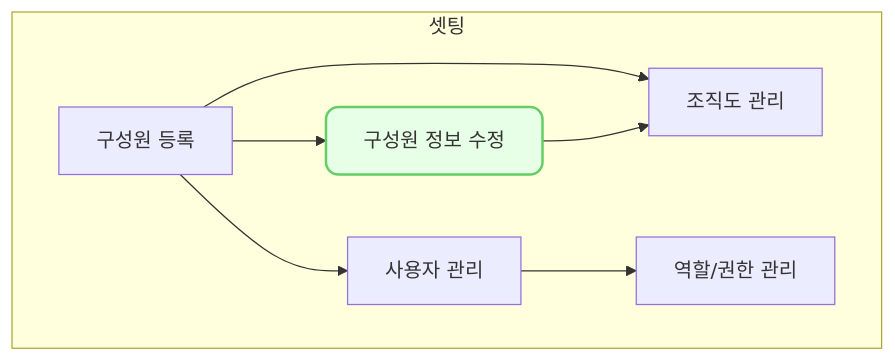
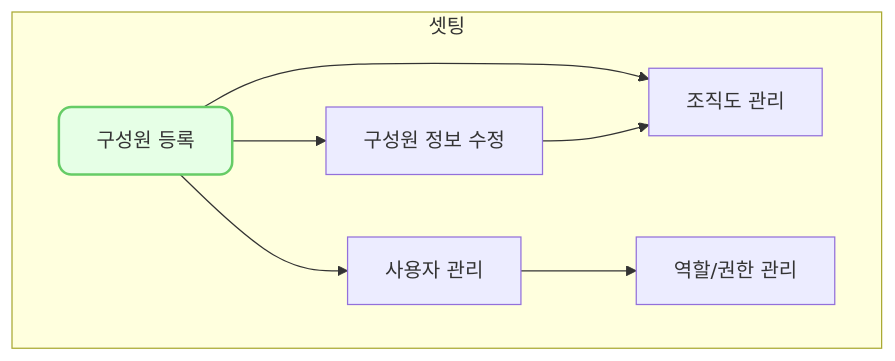
Before and after one commit to cotes2020/jekyll-theme-chirpy: the diagram in _posts/2024-07-02-hr0001.md, drawn with Mermaid. The commit also changed 10 other files, not shown here.

Commit message:
현재 기준으로 구조도 최신화

````diff
--- a/_posts/2024-07-02-hr0001.md
+++ b/_posts/2024-07-02-hr0001.md
@@ -46,33 +46,33 @@
 ```mermaid
 flowchart TD
     subgraph 셋팅["셋팅"]
         hr0001["구성원 등록"]
         hr0002["구성원 정보 수정"]
         hr0007["조직도 관리"]
         se0005["사용자 관리"]
         se0003["역할/권한 관리"]
         hr0001 --> hr0002
         hr0001 --> hr0007
         hr0002 --> hr0007
         hr0001 --> se0005
         se0005 --> se0003
     end
 
 click hr0001 "{% post_url 2024-07-02-hr0001 %}" " "
 click hr0002 "{% post_url 2024-07-02-hr0002 %}" " "
 click hr0007 "{% post_url 2024-07-02-hr0007 %}" " "
 click se0005 "{% post_url 2024-07-02-se0005 %}" " "
 click se0003 "{% post_url 2024-07-03-se0003 %}" " "
 click fd0001 "{% post_url 2024-07-04-fd0001 %}" " "
 click fd0010 "{% post_url 2024-07-04-fd0010 %}" " "
 click fd0011 "{% post_url 2024-07-04-fd0011 %}" " "
 click fm0010 "{% post_url 2024-07-04-fm0010 %}" " "
 click fd0009a "{% post_url 2024-07-05-fd0009a %}" " "
 click fd0013 "{% post_url 2024-07-05-fd0013 %}" " "
 click fd0012 "{% post_url 2024-07-06-fd0012 %}" " "
 click fd0006 "{% post_url 2024-07-07-fd0006 %}" " "
 click oi0002 "{% post_url 2024-07-07-oi0002 %}" " "
 click ed0001 "{% post_url 2024-07-08-ed0001 %}" " "
 
-style hr0002 fill:#e6ffe6,stroke:#66cc66,stroke-width:2px,rx:10,ry:10
+style hr0001 fill:#e6ffe6,stroke:#66cc66,stroke-width:2px,rx:10,ry:10
 ```
````
